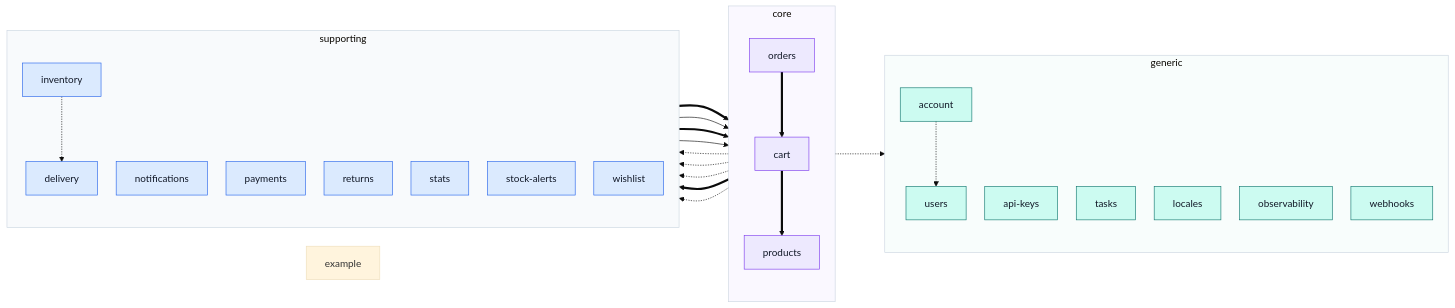
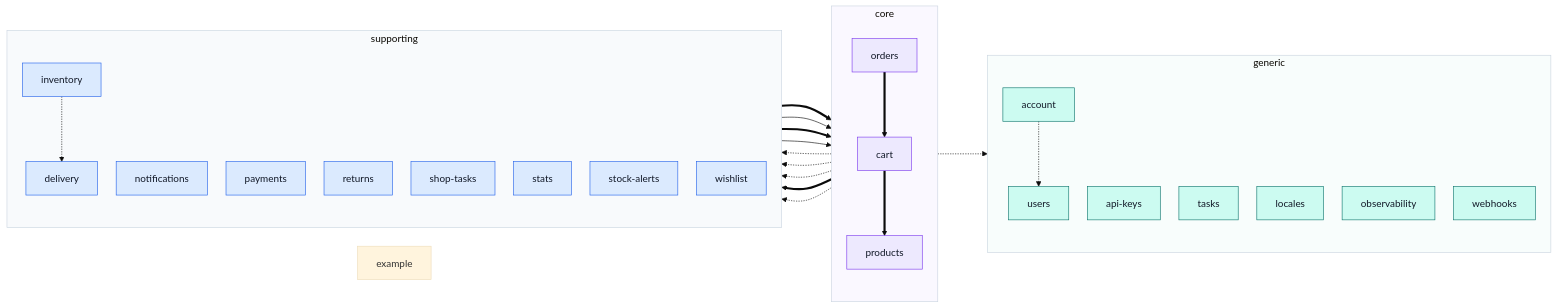
Before and after one commit to Guebbit/boilerplate-vue-frontend: the diagram in docs/modules/index.md, drawn with Mermaid (base theme). The commit also changed other lines of this file and 62 other files, not shown here.

First line of the commit message:
feat(shop-tasks): split the shop's notices from the bell, which now ships with every project

````diff
--- a/docs/modules/index.md
+++ b/docs/modules/index.md
@@ -34,56 +34,57 @@
 ```mermaid
 %%{init: {'flowchart': {'nodeSpacing': 30, 'rankSpacing': 80}}}%%
 flowchart LR
     subgraph CORE["core"]
         direction TB
         cart["cart"]
         orders["orders"]
         products["products"]
     end
     subgraph SUPPORTING["supporting"]
         direction TB
         delivery["delivery"]
         inventory["inventory"]
         notifications["notifications"]
         payments["payments"]
         returns["returns"]
+        shopTasks["shop-tasks"]
         stats["stats"]
         stockAlerts["stock-alerts"]
         wishlist["wishlist"]
     end
     subgraph GENERIC["generic"]
         direction TB
         account["account"]
         apiKeys["api-keys"]
         tasks["tasks"]
         locales["locales"]
         observability["observability"]
         users["users"]
         webhooks["webhooks"]
     end
     demo["example"]
     account -.-> users
     cart -.-> account
     cart -.-> delivery
     cart -.-> payments
     cart ==> products
     inventory ==> products
     inventory -.-> delivery
     orders ==> cart
     orders -.-> delivery
     orders ==> payments
     orders -.-> returns
     stockAlerts --> products
     wishlist ==> cart
     wishlist --> products
 
     classDef core fill:#ede9fe,stroke:#7c3aed,color:#111827;
     classDef supporting fill:#dbeafe,stroke:#2563eb,color:#111827;
     classDef generic fill:#ccfbf1,stroke:#0f766e,color:#111827;
     class cart,orders,products core;
-    class delivery,inventory,notifications,payments,returns,stats,stockAlerts,wishlist supporting;
+    class delivery,inventory,notifications,payments,returns,shopTasks,stats,stockAlerts,wishlist supporting;
     class account,apiKeys,tasks,locales,observability,users,webhooks generic;
     style CORE fill:#faf8ff,stroke:#cbd5e1
     style SUPPORTING fill:#f8fafc,stroke:#cbd5e1
     style GENERIC fill:#f8fdfc,stroke:#cbd5e1
 ```
````
